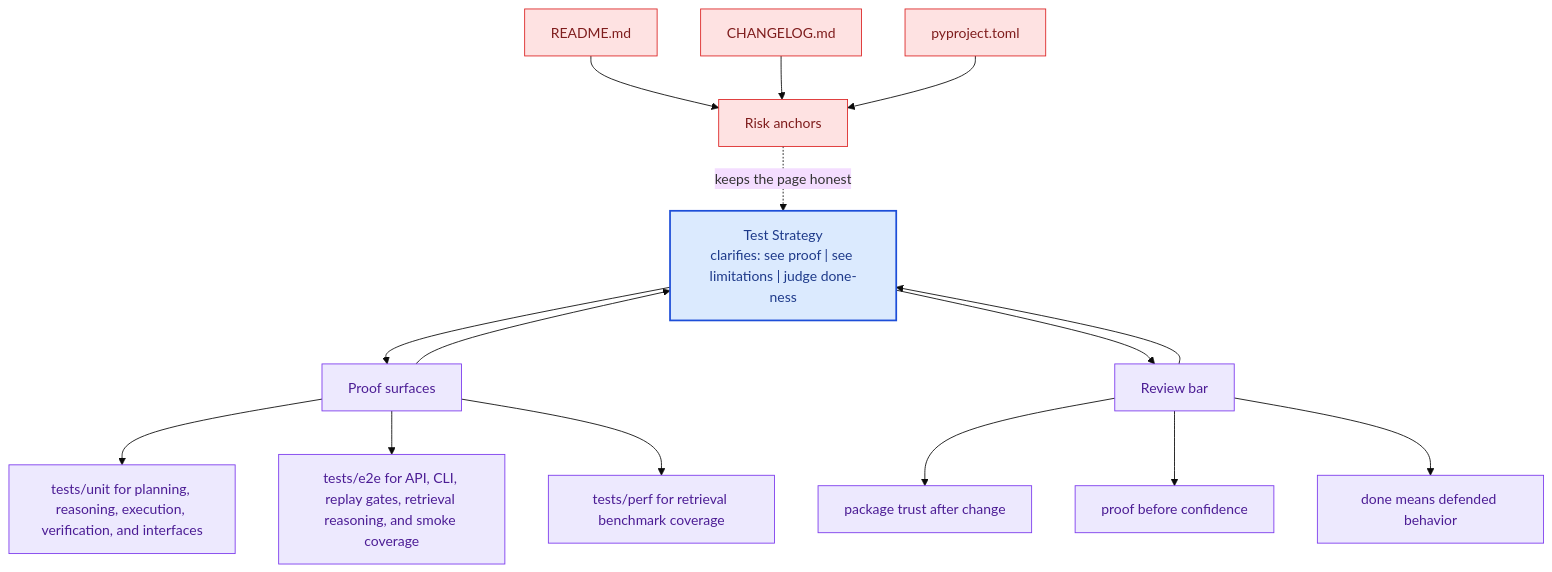
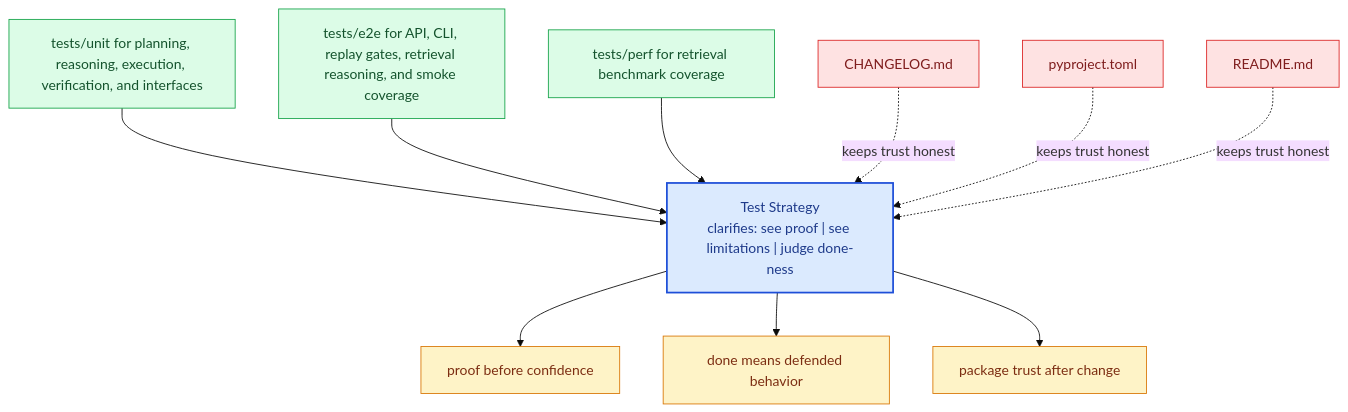
One commit to bijux/bijux-canon changed the diagram in docs/bijux-canon-reason/quality/test-strategy.md. Above: the diagram before and after it, drawn with Mermaid (base theme). The commit also changed other lines of this file and 281 other files, not shown here.

Commit message:
docs(diagrams): replace repeated mermaid scaffolds with page-specific summaries

````diff
--- a/docs/bijux-canon-reason/quality/test-strategy.md
+++ b/docs/bijux-canon-reason/quality/test-strategy.md
@@ -67,41 +22,31 @@
 ```mermaid
 flowchart TB
-    promise["Test Strategy<br/>clarifies: see proof | see limitations | judge done-ness"]
-    classDef promise fill:#dbeafe,stroke:#1d4ed8,color:#1e3a8a,stroke-width:2px;
-    classDef driver fill:#dcfce7,stroke:#16a34a,color:#14532d;
-    classDef constraint fill:#fee2e2,stroke:#dc2626,color:#7f1d1d;
-    classDef ground fill:#ede9fe,stroke:#7c3aed,color:#4c1d95;
-    focus1["Proof surfaces"]
-    focus1 --> promise
-    promise --> focus1
-    focus1_1["tests/unit for planning, reasoning, execution, verification, and interfaces"]
-    focus1 --> focus1_1
-    focus1_2["tests/e2e for API, CLI, replay gates, retrieval reasoning, and smoke coverage"]
-    focus1 --> focus1_2
-    focus1_3["tests/perf for retrieval benchmark coverage"]
-    focus1 --> focus1_3
-    class focus1 ground;
-    class focus1_1,focus1_2,focus1_3 ground;
-    focus2["Risk anchors"]
-    focus2 -.keeps the page honest.-> promise
-    focus2_1["README.md"]
-    focus2_1 --> focus2
-    focus2_2["CHANGELOG.md"]
-    focus2_2 --> focus2
-    focus2_3["pyproject.toml"]
-    focus2_3 --> focus2
-    class focus2 constraint;
-    class focus2_1,focus2_2,focus2_3 constraint;
-    focus3["Review bar"]
-    focus3 --> promise
-    promise --> focus3
-    focus3_1["package trust after change"]
-    focus3 --> focus3_1
-    focus3_2["proof before confidence"]
-    focus3 --> focus3_2
-    focus3_3["done means defended behavior"]
-    focus3 --> focus3_3
-    class focus3 ground;
-    class focus3_1,focus3_2,focus3_3 ground;
-    class promise promise;
+    page["Test Strategy<br/>clarifies: see proof | see limitations | judge done-ness"]
+    classDef page fill:#dbeafe,stroke:#1d4ed8,color:#1e3a8a,stroke-width:2px;
+    classDef positive fill:#dcfce7,stroke:#16a34a,color:#14532d;
+    classDef caution fill:#fee2e2,stroke:#dc2626,color:#7f1d1d;
+    classDef anchor fill:#ede9fe,stroke:#7c3aed,color:#4c1d95;
+    classDef action fill:#fef3c7,stroke:#d97706,color:#7c2d12;
+    proof1["tests/unit for planning, reasoning, execution, verification, and interfaces"]
+    proof1 --> page
+    proof2["tests/e2e for API, CLI, replay gates, retrieval reasoning, and smoke coverage"]
+    proof2 --> page
+    proof3["tests/perf for retrieval benchmark coverage"]
+    proof3 --> page
+    risk1["CHANGELOG.md"]
+    risk1 -.keeps trust honest.-> page
+    risk2["pyproject.toml"]
+    risk2 -.keeps trust honest.-> page
+    risk3["README.md"]
+    risk3 -.keeps trust honest.-> page
+    bar1["proof before confidence"]
+    page --> bar1
+    bar2["done means defended behavior"]
+    page --> bar2
+    bar3["package trust after change"]
+    page --> bar3
+    class page page;
+    class proof1,proof2,proof3 positive;
+    class risk1,risk2,risk3 caution;
+    class bar1,bar2,bar3 action;
 ```
````
